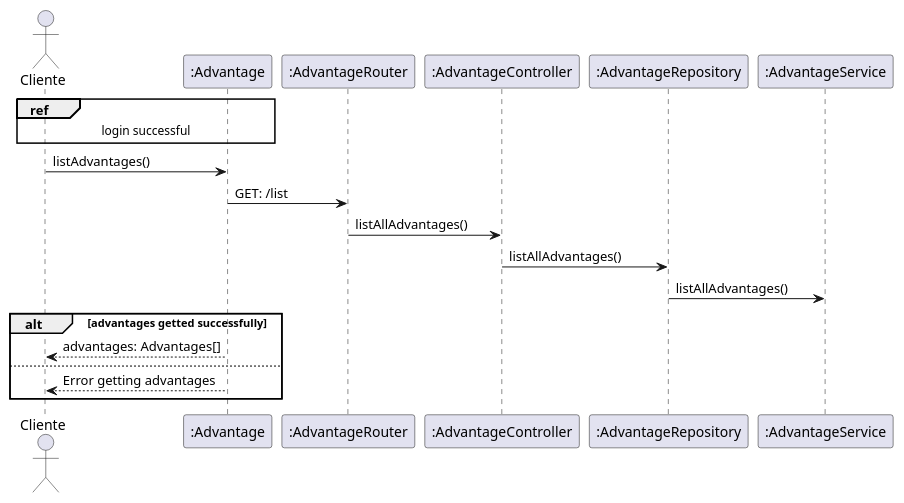
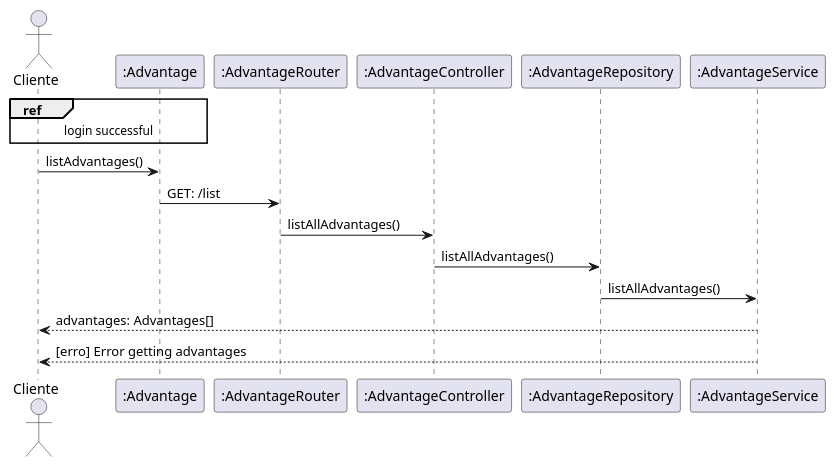
The diagram in projeto 4/project/sequenceDiagramListAdvantages.plantuml (migueltico2/laboratorio-de-desenvolvimento-de-software), drawn with PlantUML before and after one commit. The commit also changed 1 other file, not shown here.

Commit message:
fix: fix diagram

```diff
--- a/projeto 4/project/sequenceDiagramListAdvantages.plantuml
+++ b/projeto 4/project/sequenceDiagramListAdvantages.plantuml
@@ -1,22 +1,20 @@
 @startuml
 
 actor "Cliente" as cliente
 participant ":Advantage" as ad
 participant ":AdvantageRouter" as adRouter
 participant ":AdvantageController" as adController
 participant ":AdvantageRepository" as adRepository
 participant ":AdvantageService" as adService
 
 ref over cliente, ad: login successful
 
 cliente -> ad : listAdvantages()
 ad -> adRouter : GET: /list
 adRouter -> adController : listAllAdvantages()
 adController -> adRepository : listAllAdvantages()
 adRepository -> adService : listAllAdvantages()
-alt advantages getted successfully
-    ad --> cliente : advantages: Advantages[]
-else
-    ad --> cliente : Error getting advantages
-end
+adService --> cliente : advantages: Advantages[]
+adService --> cliente : [erro] Error getting advantages
+
 @enduml
```
